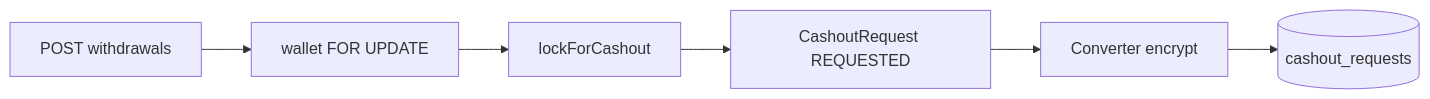
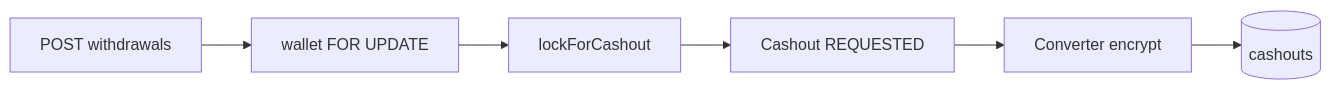
One commit to likelion-backendschool-9th/test-moa changed the diagram in docs/backend/payment/cashout.md. Above: the diagram before and after it, drawn with Mermaid. The commit also changed other lines of this file and 27 other files, not shown here.

````diff
--- a/docs/backend/payment/cashout.md
+++ b/docs/backend/payment/cashout.md
@@ -87,8 +87,8 @@
 ```mermaid
 flowchart LR
   POST[POST withdrawals] --> Lock[wallet FOR UPDATE]
   Lock --> LockBal[lockForCashout]
-  LockBal --> Row[CashoutRequest REQUESTED]
+  LockBal --> Row[Cashout REQUESTED]
   Row --> Enc[Converter encrypt]
-  Enc --> DB[(cashout_requests)]
+  Enc --> DB[(cashouts)]
 ```
````
